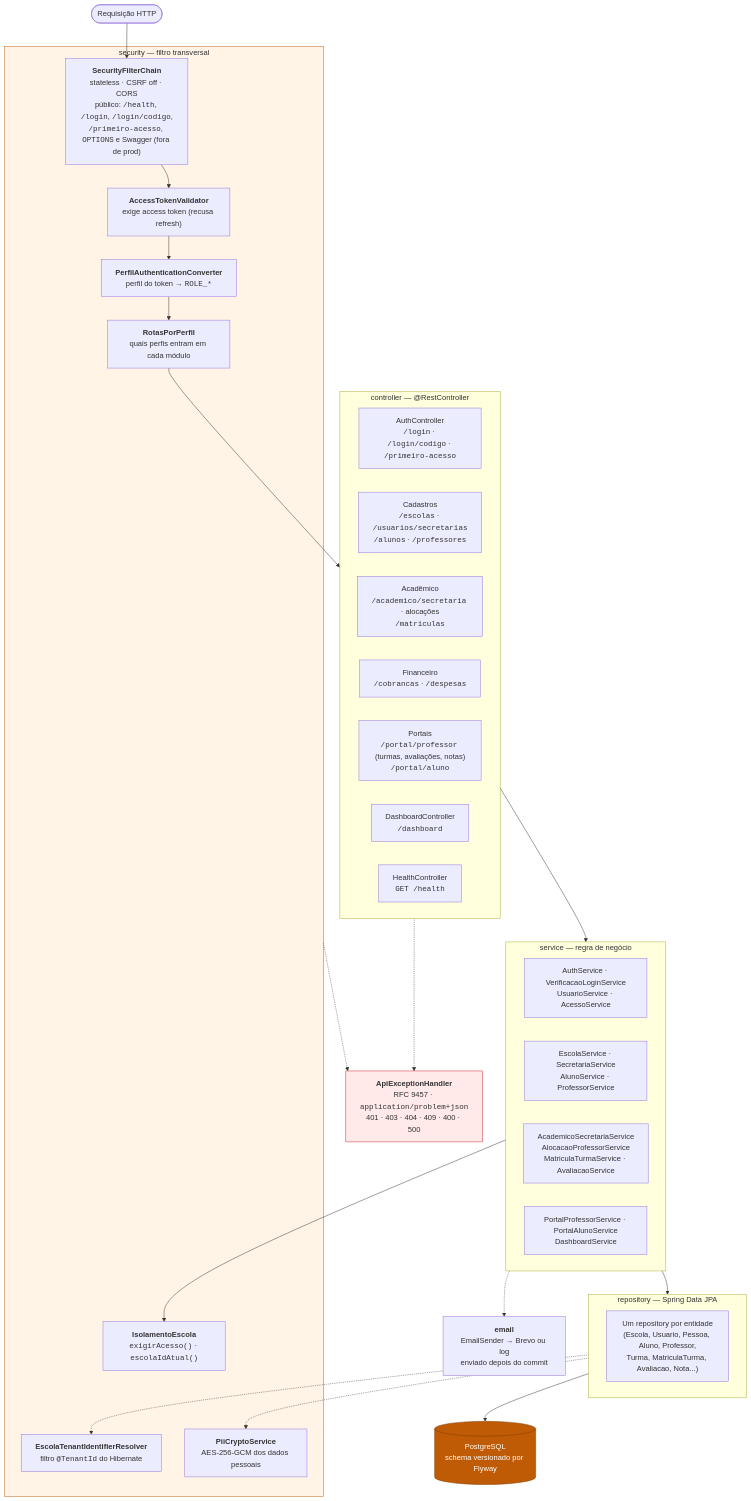
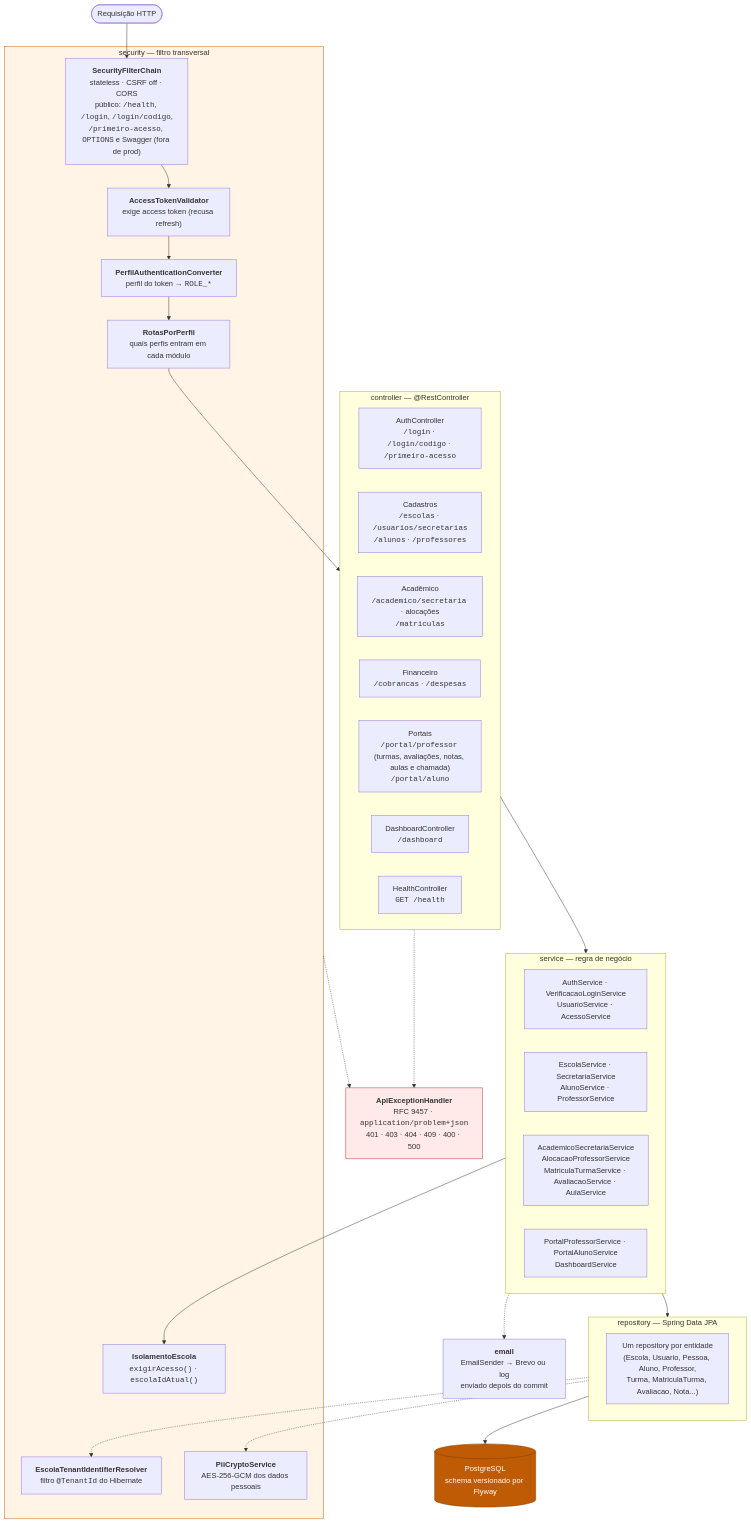
Before and after one commit to ICEI-PUC-Minas-PMGES-TI/pmg-es-2026-2-ti3-9577100-eduka: the fourth of 6 diagrams in Artefatos/arquitetura/arquitetura-da-solucao.md, drawn with Mermaid. The commit also changed other lines of this file and 1 other file, not shown here.

First line of the commit message:
docs: documenta as rotas de aula e chamada do professor

````diff
--- a/Artefatos/arquitetura/arquitetura-da-solucao.md
+++ b/Artefatos/arquitetura/arquitetura-da-solucao.md
@@ -150,53 +150,53 @@
 ```mermaid
 flowchart TB
     REQ(["Requisição HTTP"])
 
     subgraph sec["security — filtro transversal"]
         CHAIN["<b>SecurityFilterChain</b><br/>stateless · CSRF off · CORS<br/>público: <code>/health</code>, <code>/login</code>, <code>/login/codigo</code>,<br/><code>/primeiro-acesso</code>, <code>OPTIONS</code> e Swagger (fora de prod)"]
         VALID["<b>AccessTokenValidator</b><br/>exige access token (recusa refresh)"]
         CONV["<b>PerfilAuthenticationConverter</b><br/>perfil do token → <code>ROLE_*</code>"]
         ROTAS["<b>RotasPorPerfil</b><br/>quais perfis entram em cada módulo"]
         ISO["<b>IsolamentoEscola</b><br/><code>exigirAcesso()</code> · <code>escolaIdAtual()</code>"]
         TEN["<b>EscolaTenantIdentifierResolver</b><br/>filtro <code>@TenantId</code> do Hibernate"]
         PII["<b>PiiCryptoService</b><br/>AES-256-GCM dos dados pessoais"]
     end
 
     subgraph ctrl["controller — @RestController"]
         AUTHC["AuthController<br/><code>/login</code> · <code>/login/codigo</code> · <code>/primeiro-acesso</code>"]
         CADC["Cadastros<br/><code>/escolas</code> · <code>/usuarios/secretarias</code><br/><code>/alunos</code> · <code>/professores</code>"]
         ACADC["Acadêmico<br/><code>/academico/secretaria</code> · alocações<br/><code>/matriculas</code>"]
         FINC["Financeiro<br/><code>/cobrancas</code> · <code>/despesas</code>"]
-        PORTC["Portais<br/><code>/portal/professor</code> (turmas, avaliações, notas)<br/><code>/portal/aluno</code>"]
+        PORTC["Portais<br/><code>/portal/professor</code> (turmas, avaliações, notas, aulas e chamada)<br/><code>/portal/aluno</code>"]
         DASHC["DashboardController<br/><code>/dashboard</code>"]
         HLTC["HealthController<br/><code>GET /health</code>"]
     end
 
     subgraph svc["service — regra de negócio"]
         AUTHS["AuthService · VerificacaoLoginService<br/>UsuarioService · AcessoService"]
         CADS["EscolaService · SecretariaService<br/>AlunoService · ProfessorService"]
-        ACADS["AcademicoSecretariaService<br/>AlocacaoProfessorService<br/>MatriculaTurmaService · AvaliacaoService"]
+        ACADS["AcademicoSecretariaService<br/>AlocacaoProfessorService<br/>MatriculaTurmaService · AvaliacaoService · AulaService"]
         PORTS["PortalProfessorService · PortalAlunoService<br/>DashboardService"]
     end
 
     subgraph repo["repository — Spring Data JPA"]
         REPOS["Um repository por entidade<br/>(Escola, Usuario, Pessoa, Aluno, Professor,<br/>Turma, MatriculaTurma, Avaliacao, Nota...)"]
     end
 
     MAIL["<b>email</b><br/>EmailSender → Brevo ou log<br/>enviado depois do commit"]
     DB[("PostgreSQL<br/>schema versionado por Flyway")]
     ERR["<b>ApiExceptionHandler</b><br/>RFC 9457 · <code>application/problem+json</code><br/>401 · 403 · 404 · 409 · 400 · 500"]
 
     REQ --> CHAIN --> VALID --> CONV --> ROTAS --> ctrl
     ctrl --> svc
     svc --> ISO
     svc --> repo --> DB
     svc -.-> MAIL
     repo -.-> TEN
     repo -.-> PII
     ctrl -.-> ERR
     sec -.-> ERR
 
     style sec fill:#fff4e5,stroke:#bf5b04
     style ERR fill:#ffe9e9,stroke:#cf222e
     style DB fill:#bf5b04,stroke:#7a3a00,color:#fff
 ```
````
